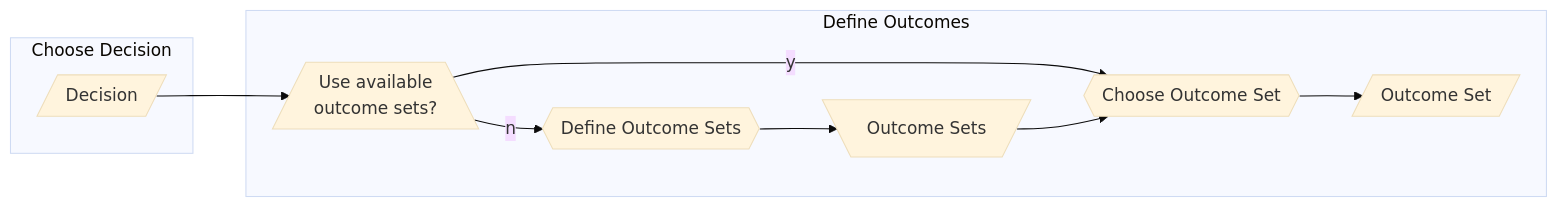
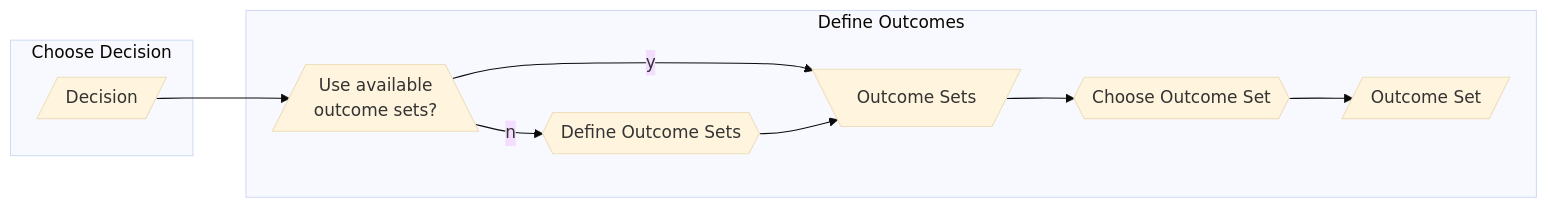
Before and after one commit to CERTCC/SSVC: the third of 6 diagrams in docs/howto/bootstrap/prepare.md, drawn with Mermaid (base theme). The commit also changed other lines of this file and 2 other files, not shown here.

Commit message:
revise diagrams

````diff
--- a/docs/howto/bootstrap/prepare.md
+++ b/docs/howto/bootstrap/prepare.md
@@ -75,19 +75,19 @@
 ```mermaid
 flowchart LR
     subgraph dd[Choose Decision]
     d[/Decision/]
     end
     subgraph outcomes [Define Outcomes]
         oc1[/Use available<br/>outcome sets?\]
         dos{{Define Outcome Sets}}
         oss[\Outcome Sets/]
         cos{{Choose Outcome Set}}
         os[/Outcome Set/]
     end
     d --> oc1
-    oc1 -->|y| cos
+    oc1 -->|y| oss
     oc1 -->|n| dos
     dos --> oss
     cos --> os
     oss --> cos
 ```
````
